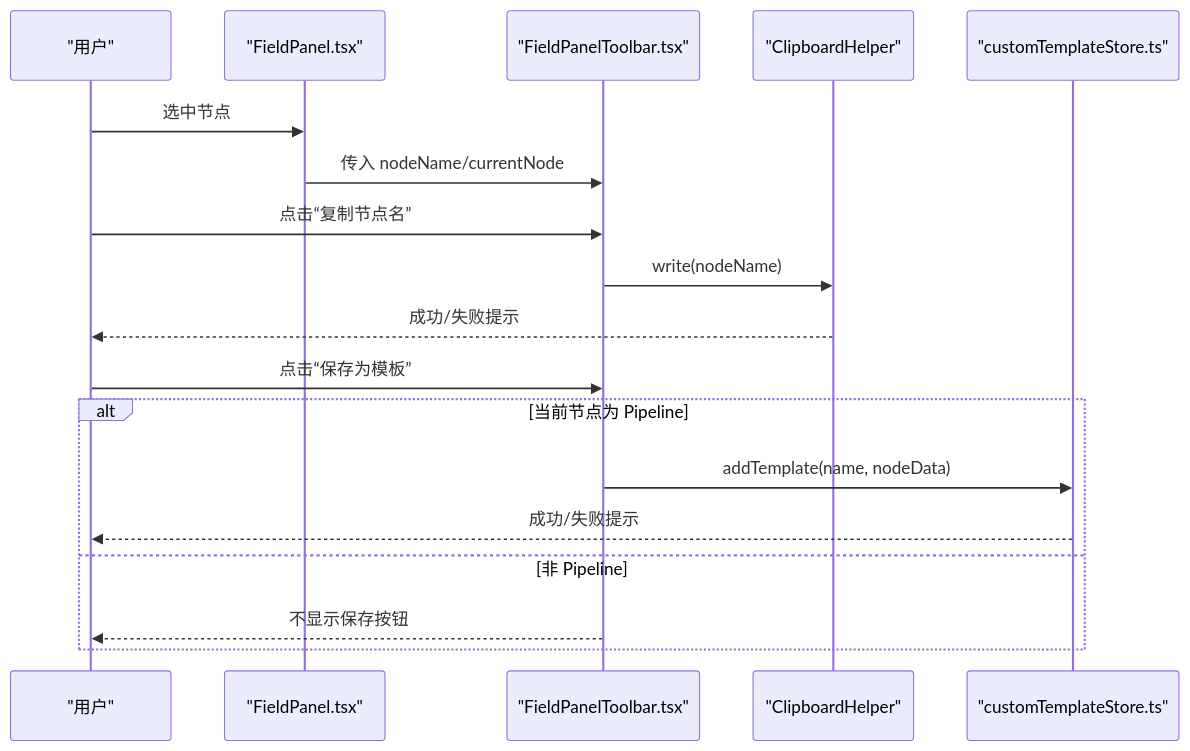
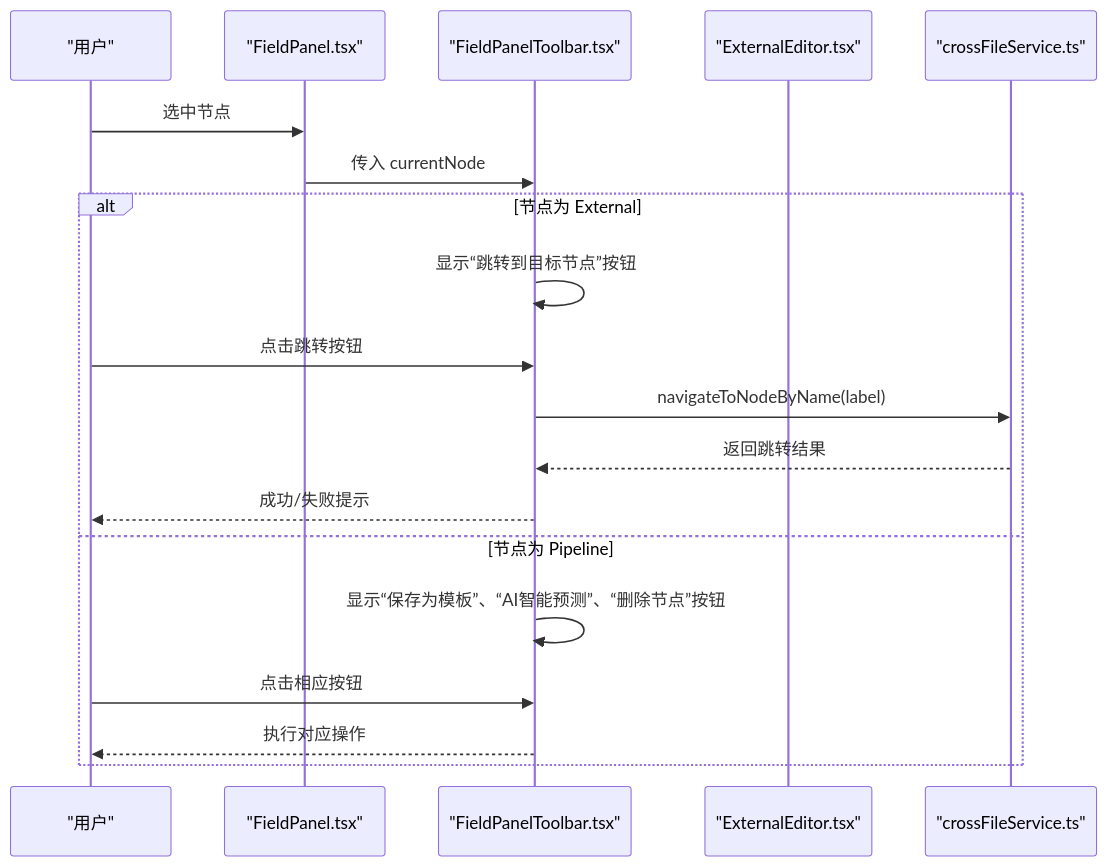
One commit to kqcoxn/MaaPipelineEditor changed the second of 6 diagrams in .qoder/repowiki/zh/content/核心概念/字段面板工具栏.md. Above: the diagram before and after it, drawn with Mermaid. The commit also changed other lines of this file and 6 other files, not shown here.

````diff
--- a/.qoder/repowiki/zh/content/核心概念/字段面板工具栏.md
+++ b/.qoder/repowiki/zh/content/核心概念/字段面板工具栏.md
@@ -128,20 +88,21 @@
 ```mermaid
 sequenceDiagram
 participant U as "用户"
 participant FP as "FieldPanel.tsx"
 participant FPT as "FieldPanelToolbar.tsx"
-participant CLP as "ClipboardHelper"
-participant CTS as "customTemplateStore.ts"
+participant END as "ExternalEditor.tsx"
+participant CFS as "crossFileService.ts"
 U->>FP : 选中节点
-FP->>FPT : 传入 nodeName/currentNode
-U->>FPT : 点击“复制节点名”
-FPT->>CLP : write(nodeName)
-CLP-->>U : 成功/失败提示
-U->>FPT : 点击“保存为模板”
-alt 当前节点为 Pipeline
-FPT->>CTS : addTemplate(name, nodeData)
-CTS-->>U : 成功/失败提示
-else 非 Pipeline
-FPT-->>U : 不显示保存按钮
+FP->>FPT : 传入 currentNode
+alt 节点为 External
+FPT->>FPT : 显示“跳转到目标节点”按钮
+U->>FPT : 点击跳转按钮
+FPT->>CFS : navigateToNodeByName(label)
+CFS-->>FPT : 返回跳转结果
+FPT-->>U : 成功/失败提示
+else 节点为 Pipeline
+FPT->>FPT : 显示“保存为模板”、“AI智能预测”、“删除节点”按钮
+U->>FPT : 点击相应按钮
+FPT-->>U : 执行对应操作
 end
 ```
````
